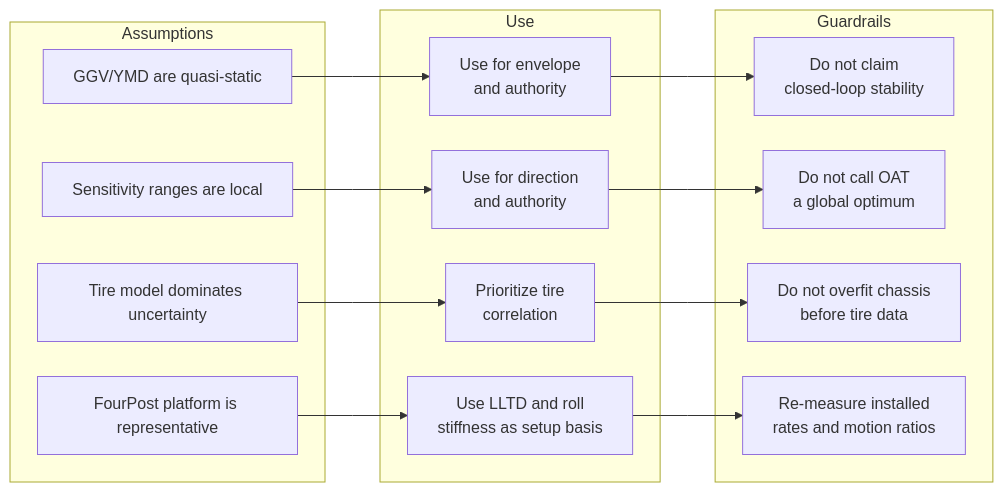
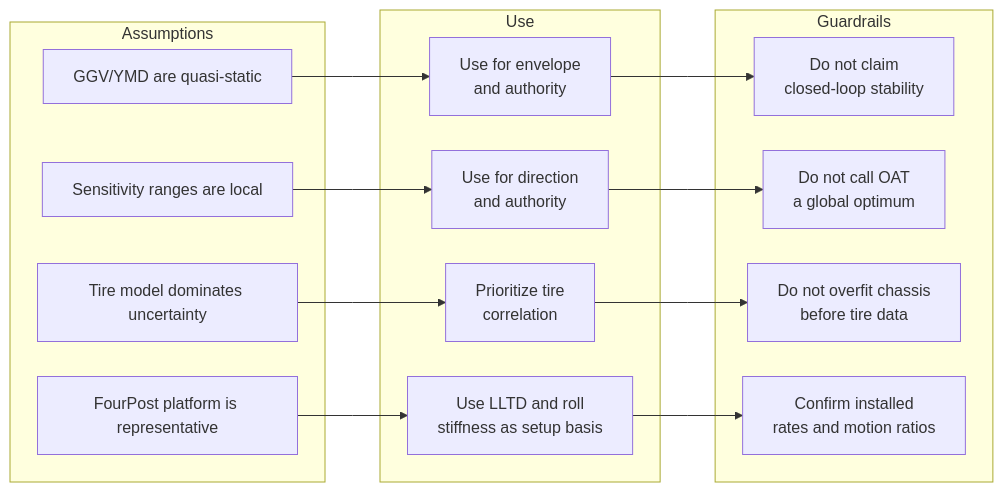
Before and after one commit to LonghornRacingElectric/lhre-simulation: the third of 9 diagrams in reports/DS-009-fsae-design-notebook.md, drawn with Mermaid. The commit also changed other lines of this file and 8 other files, not shown here.

````diff
--- a/reports/DS-009-fsae-design-notebook.md
+++ b/reports/DS-009-fsae-design-notebook.md
@@ -154,29 +154,29 @@
 ```mermaid
 %%{init: {"flowchart": {"curve": "linear", "nodeSpacing": 35, "rankSpacing": 55}} }%%
 flowchart LR
   subgraph Assumptions
     A1["GGV/YMD are quasi-static"]
     A2["Sensitivity ranges are local"]
     A3["Tire model dominates uncertainty"]
     A4["FourPost platform is representative"]
   end
 
   subgraph Use
     G1["Use for envelope<br/>and authority"]
     G2["Use for direction<br/>and authority"]
     G3["Prioritize tire<br/>correlation"]
     G4["Use LLTD and roll<br/>stiffness as setup basis"]
   end
 
   subgraph Guardrails
     N1["Do not claim<br/>closed-loop stability"]
     N2["Do not call OAT<br/>a global optimum"]
     N3["Do not overfit chassis<br/>before tire data"]
-    N4["Re-measure installed<br/>rates and motion ratios"]
+    N4["Confirm installed<br/>rates and motion ratios"]
   end
 
   A1 --> G1 --> N1
   A2 --> G2 --> N2
   A3 --> G3 --> N3
   A4 --> G4 --> N4
 ```
````
